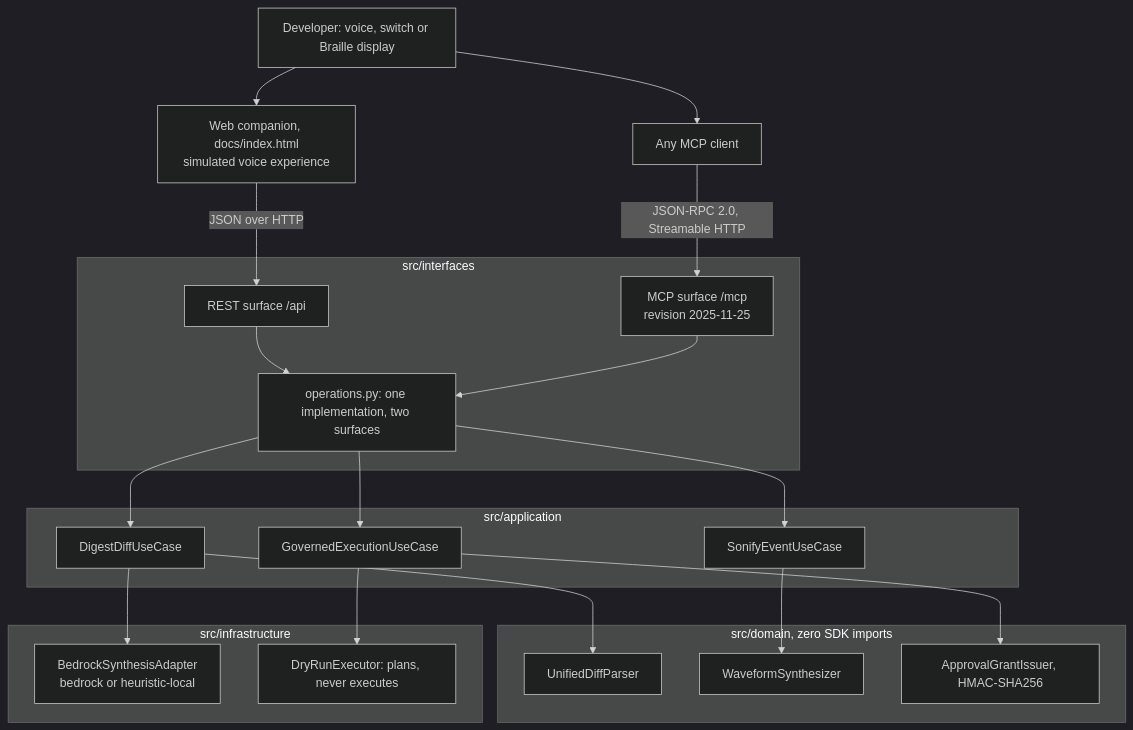
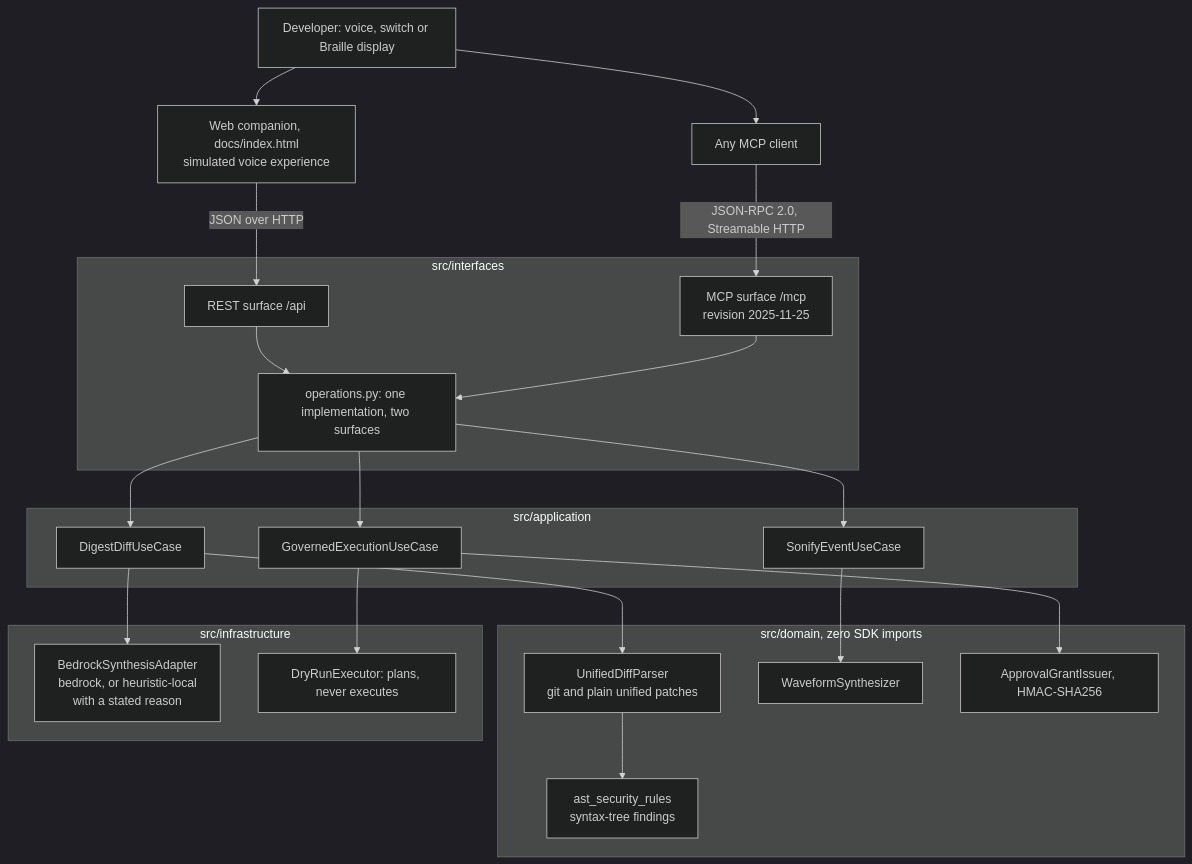
The second of 3 diagrams in README.md (upgradedev/volcan_amazon), drawn with Mermaid (dark theme) before and after one commit. The commit also changed other lines of this file and 3 other files, not shown here.

````diff
--- a/README.md
+++ b/README.md
@@ -179,37 +201,38 @@
 ```mermaid
 graph TD
     Dev["Developer: voice, switch or Braille display"]
     Companion["Web companion, docs/index.html<br/>simulated voice experience"]
     Client["Any MCP client"]
 
     Dev --> Companion
     Dev --> Client
     Companion -->|"JSON over HTTP"| REST["REST surface /api"]
     Client -->|"JSON-RPC 2.0, Streamable HTTP"| MCP["MCP surface /mcp<br/>revision 2025-11-25"]
 
     subgraph Interfaces["src/interfaces"]
         REST
         MCP
         OPS["operations.py: one implementation, two surfaces"]
     end
 
     REST --> OPS
     MCP --> OPS
 
     subgraph Application["src/application"]
         OPS --> DIGEST["DigestDiffUseCase"]
         OPS --> GOV["GovernedExecutionUseCase"]
         OPS --> SONIFY["SonifyEventUseCase"]
     end
 
     subgraph Domain["src/domain, zero SDK imports"]
-        DIGEST --> PARSER["UnifiedDiffParser"]
+        DIGEST --> PARSER["UnifiedDiffParser<br/>git and plain unified patches"]
+        PARSER --> RULES["ast_security_rules<br/>syntax-tree findings"]
         SONIFY --> WAVE["WaveformSynthesizer"]
         GOV --> GRANT["ApprovalGrantIssuer, HMAC-SHA256"]
     end
 
     subgraph Infrastructure["src/infrastructure"]
-        DIGEST --> BEDROCK["BedrockSynthesisAdapter<br/>bedrock or heuristic-local"]
+        DIGEST --> BEDROCK["BedrockSynthesisAdapter<br/>bedrock, or heuristic-local<br/>with a stated reason"]
         GOV --> PLANNER["DryRunExecutor: plans, never executes"]
     end
 ```
````
